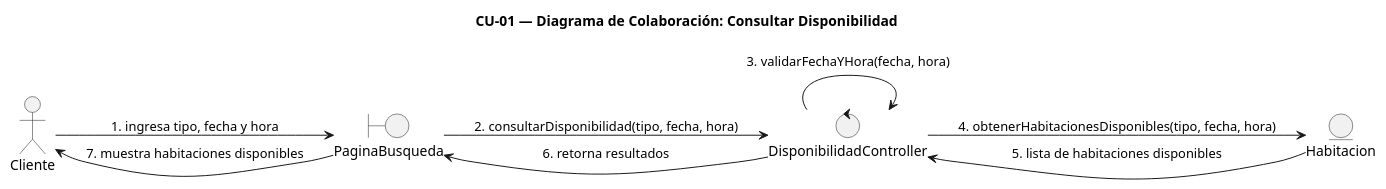
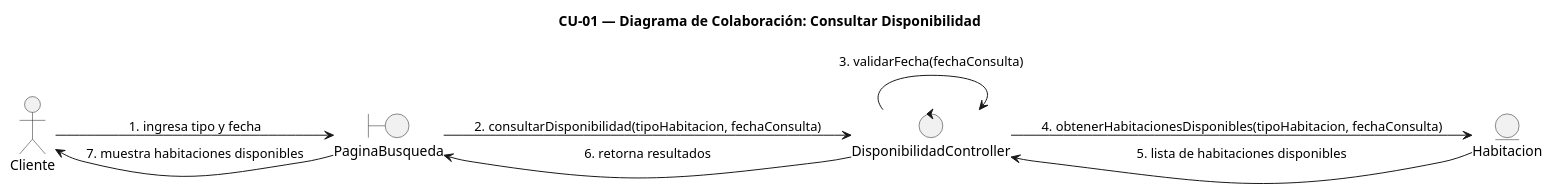
One commit to Tsmrain/GestionSistemas changed the diagram in UML RESIDENCIAL/CU-01-Consultar-Disponibilidad/CU-01_Colaboracion.puml. Above: the diagram before and after it, drawn with PlantUML. The commit also changed 55 other files, not shown here.

```diff
--- a/UML RESIDENCIAL/CU-01-Consultar-Disponibilidad/CU-01_Colaboracion.puml
+++ b/UML RESIDENCIAL/CU-01-Consultar-Disponibilidad/CU-01_Colaboracion.puml
@@ -1,20 +1,20 @@
 @startuml CU-01_Colaboracion
 title CU-01 — Diagrama de Colaboración: Consultar Disponibilidad
 
 left to right direction
 
 actor Cliente as actor
 
 boundary "PaginaBusqueda"          as boundary
 control "DisponibilidadController" as control
 entity  "Habitacion"               as entity
 
-actor    --> boundary : 1. ingresa tipo, fecha y hora
-boundary --> control  : 2. consultarDisponibilidad(tipo, fecha, hora)
-control  --> control  : 3. validarFechaYHora(fecha, hora)
-control  --> entity   : 4. obtenerHabitacionesDisponibles(tipo, fecha, hora)
+actor    --> boundary : 1. ingresa tipo y fecha
+boundary --> control  : 2. consultarDisponibilidad(tipoHabitacion, fechaConsulta)
+control  --> control  : 3. validarFecha(fechaConsulta)
+control  --> entity   : 4. obtenerHabitacionesDisponibles(tipoHabitacion, fechaConsulta)
 entity   --> control  : 5. lista de habitaciones disponibles
 control  --> boundary : 6. retorna resultados
 boundary --> actor    : 7. muestra habitaciones disponibles
 
 @enduml
```
